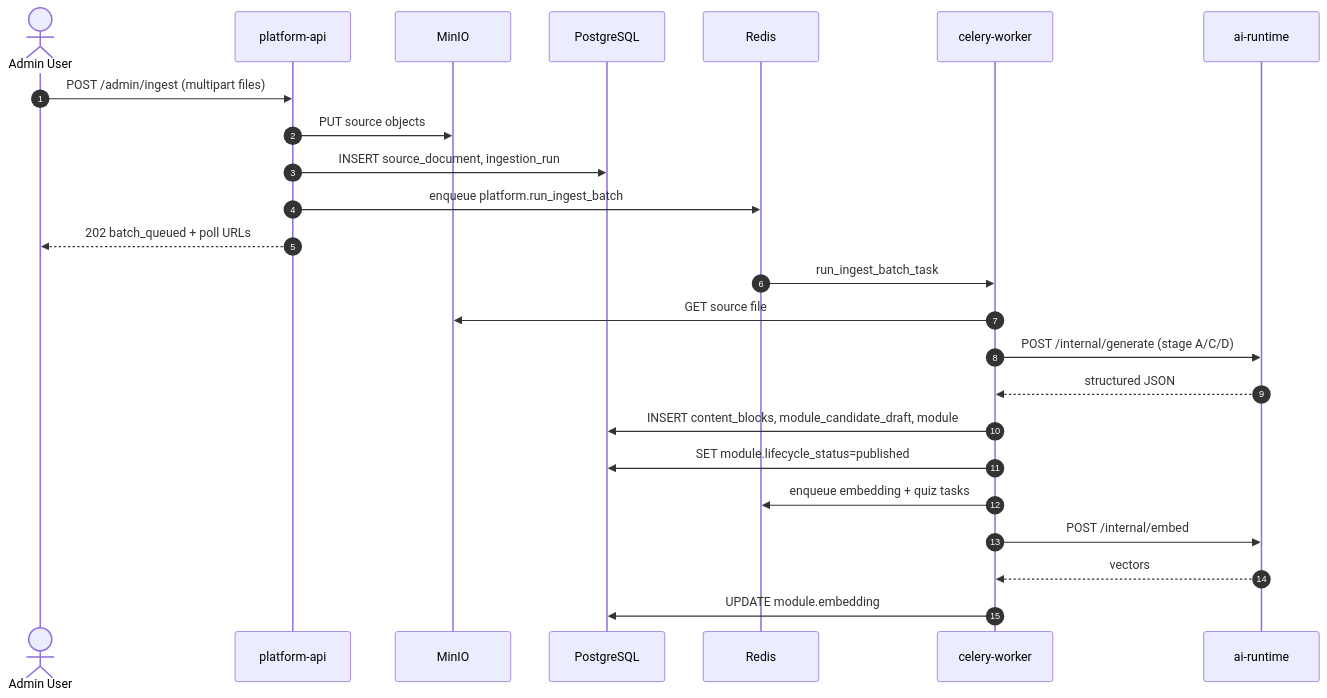
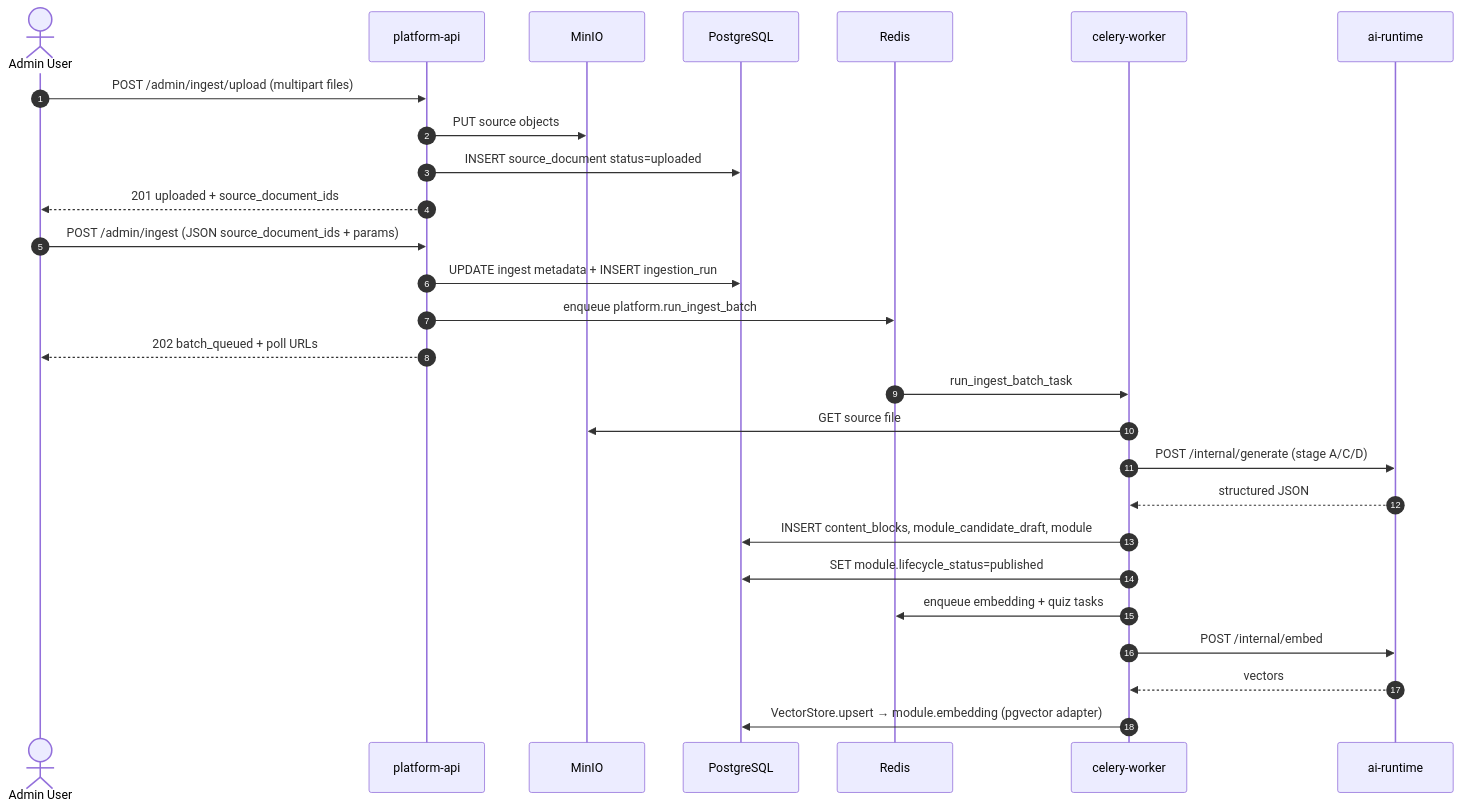
One commit to sanket04-beehyv/spice-coaching changed the seventh of 11 diagrams in docs/ARCHITECTURE.md. Above: the diagram before and after it, drawn with Mermaid. The commit also changed other lines of this file and 501 other files, not shown here.

````diff
--- a/docs/ARCHITECTURE.md
+++ b/docs/ARCHITECTURE.md
@@ -449,28 +448,32 @@
 ```mermaid
 sequenceDiagram
     autonumber
     actor Admin as Admin User
     participant API as platform-api
     participant MinIO as MinIO
     participant PG as PostgreSQL
     participant Redis as Redis
     participant Worker as celery-worker
     participant AI as ai-runtime
 
-    Admin->>API: POST /admin/ingest (multipart files)
+    Admin->>API: POST /admin/ingest/upload (multipart files)
     API->>MinIO: PUT source objects
-    API->>PG: INSERT source_document, ingestion_run
+    API->>PG: INSERT source_document status=uploaded
+    API-->>Admin: 201 uploaded + source_document_ids
+
+    Admin->>API: POST /admin/ingest (JSON source_document_ids + params)
+    API->>PG: UPDATE ingest metadata + INSERT ingestion_run
     API->>Redis: enqueue platform.run_ingest_batch
     API-->>Admin: 202 batch_queued + poll URLs
 
     Redis->>Worker: run_ingest_batch_task
     Worker->>MinIO: GET source file
     Worker->>AI: POST /internal/generate (stage A/C/D)
     AI-->>Worker: structured JSON
     Worker->>PG: INSERT content_blocks, module_candidate_draft, module
     Worker->>PG: SET module.lifecycle_status=published
     Worker->>Redis: enqueue embedding + quiz tasks
     Worker->>AI: POST /internal/embed
     AI-->>Worker: vectors
-    Worker->>PG: UPDATE module.embedding
+    Worker->>PG: VectorStore.upsert → module.embedding (pgvector adapter)
 ```
````
